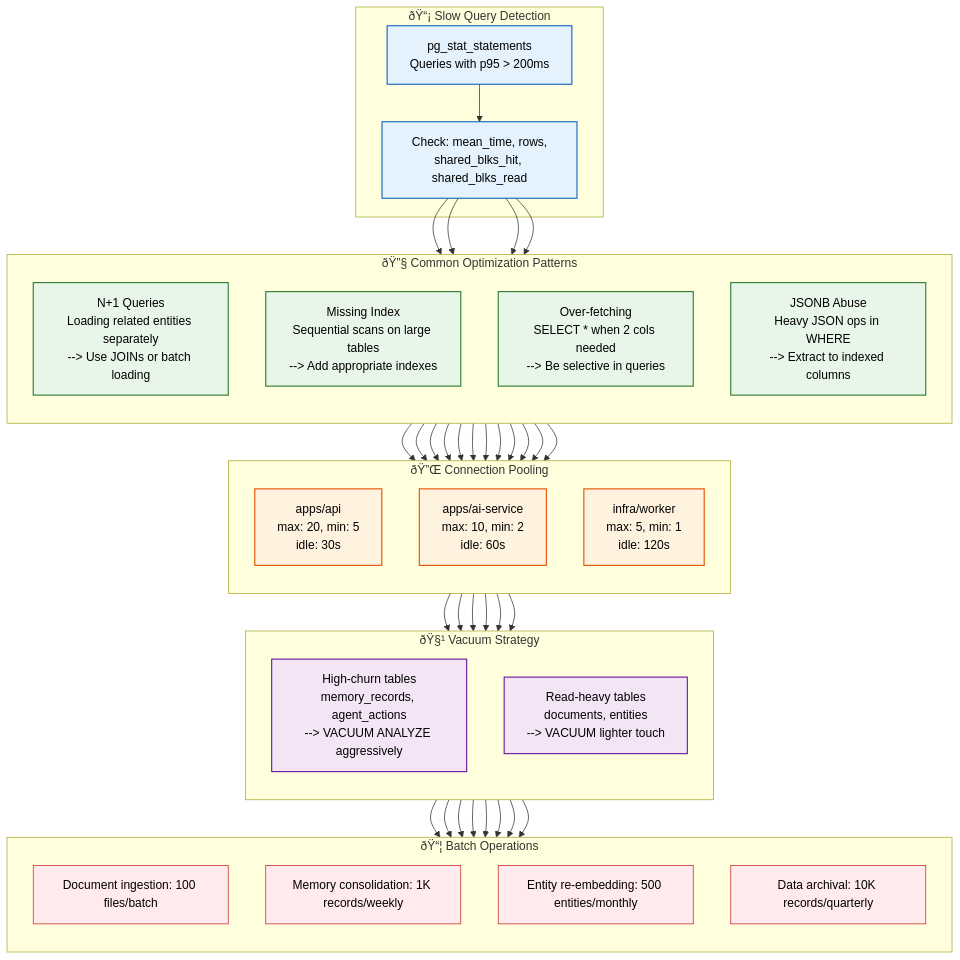
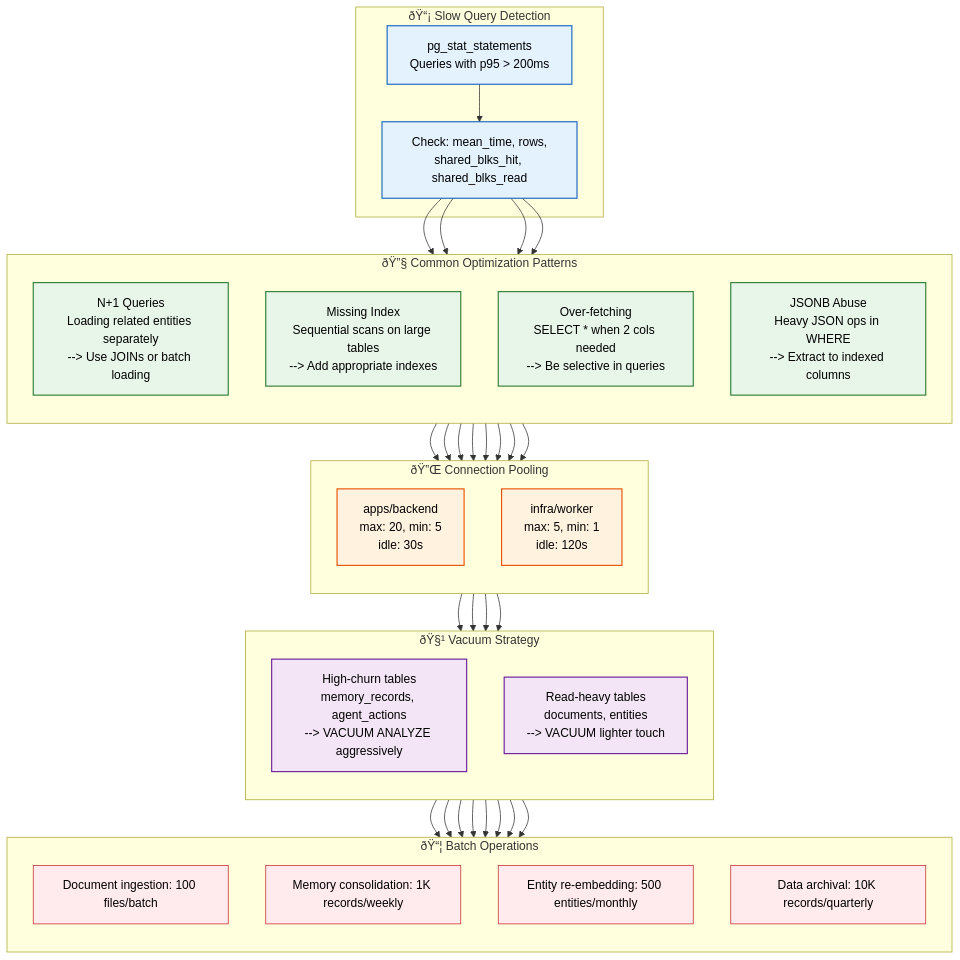
One commit to Driftloom/Vaeloom changed the first of 2 diagrams in docs/database/Optimization.md. Above: the diagram before and after it, drawn with Mermaid. The commit also changed other lines of this file and 159 other files, not shown here.

````diff
--- a/docs/database/Optimization.md
+++ b/docs/database/Optimization.md
@@ -42,55 +64,54 @@
 ```mermaid
 graph TD
     classDef detect fill:#e3f2fd,stroke:#1565c0,color:#000,stroke-width:1.5px
     classDef pattern fill:#e8f5e9,stroke:#2e7d32,color:#000,stroke-width:1.5px
     classDef pool fill:#fff3e0,stroke:#e65100,color:#000,stroke-width:1.5px
     classDef vacuum fill:#f3e5f5,stroke:#6a1b9a,color:#000,stroke-width:1.5px
     classDef batch fill:#ffebee,stroke:#c62828,color:#000,stroke-width:1px
 
     subgraph Detection["ðŸ“¡ Slow Query Detection"]
         D1["pg_stat_statements<br/>Queries with p95 > 200ms"]
         D2["Check: mean_time, rows,<br/>shared_blks_hit, shared_blks_read"]
     end
 
     subgraph Patterns["ðŸ”§ Common Optimization Patterns"]
         direction TB
         P1["N+1 Queries<br/>Loading related entities separately<br/>--> Use JOINs or batch loading"]
         P2["Missing Index<br/>Sequential scans on large tables<br/>--> Add appropriate indexes"]
         P3["Over-fetching<br/>SELECT * when 2 cols needed<br/>--> Be selective in queries"]
         P4["JSONB Abuse<br/>Heavy JSON ops in WHERE<br/>--> Extract to indexed columns"]
     end
 
     subgraph Pooling["ðŸ”Œ Connection Pooling"]
         direction TB
-        C1["apps/api<br/>max: 20, min: 5<br/>idle: 30s"]
-        C2["apps/ai-service<br/>max: 10, min: 2<br/>idle: 60s"]
-        C3["infra/worker<br/>max: 5, min: 1<br/>idle: 120s"]
+        C1["apps/backend<br/>max: 20, min: 5<br/>idle: 30s"]
+        C2["infra/worker<br/>max: 5, min: 1<br/>idle: 120s"]
     end
 
     subgraph Vacuum["ðŸ§¹ Vacuum Strategy"]
         direction TB
         V1["High-churn tables<br/>memory_records, agent_actions<br/>--> VACUUM ANALYZE aggressively"]
         V2["Read-heavy tables<br/>documents, entities<br/>--> VACUUM lighter touch"]
     end
 
     subgraph Batch["ðŸ“¦ Batch Operations"]
         direction TB
         B1["Document ingestion: 100 files/batch"]
         B2["Memory consolidation: 1K records/weekly"]
         B3["Entity re-embedding: 500 entities/monthly"]
         B4["Data archival: 10K records/quarterly"]
     end
 
     D1 --> D2
     D2 --> P1 & P2 & P3 & P4
-    P1 & P2 & P3 & P4 --> C1 & C2 & C3
-    C1 & C2 & C3 --> V1 & V2
+    P1 & P2 & P3 & P4 --> C1 & C2
+    C1 & C2 --> V1 & V2
     V1 & V2 --> B1 & B2 & B3 & B4
 
     class D1,D2 detect
     class P1,P2,P3,P4 pattern
-    class C1,C2,C3 pool
+    class C1,C2 pool
     class V1,V2 vacuum
     class B1,B2,B3,B4 batch
 
 ```
````
